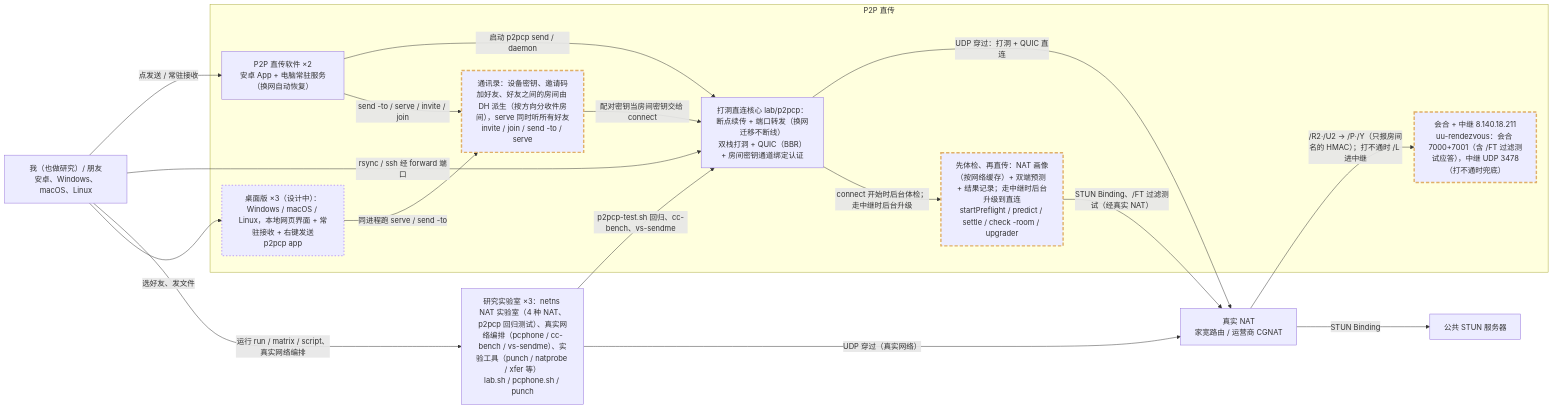
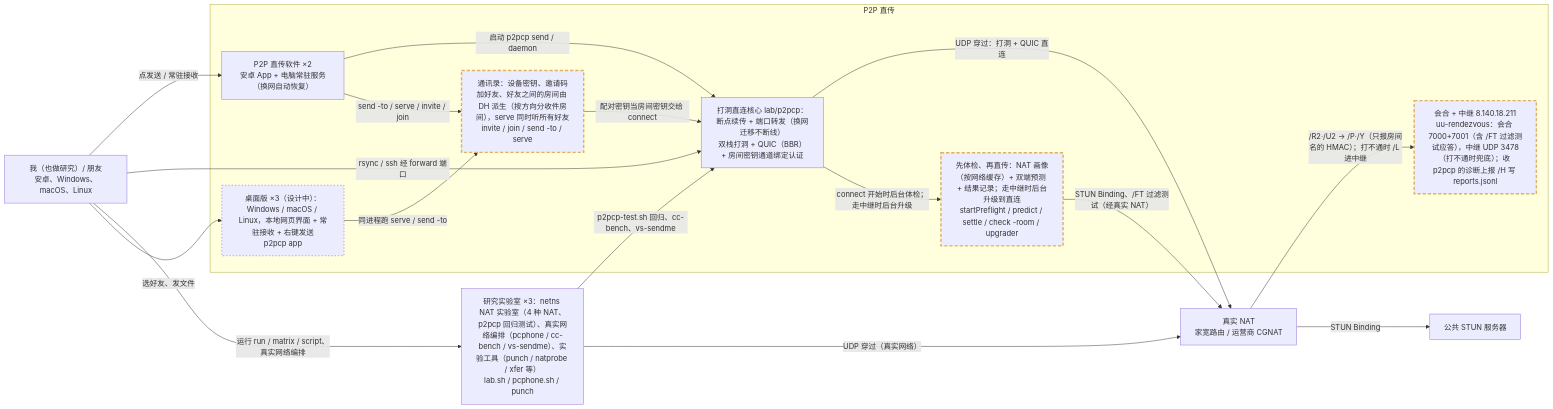
The diagram in docs/arch/00-overview.mmd (numb747/uu-remote-study), drawn with Mermaid before and after one commit. The commit also changed 3 other files, not shown here.

First line of the commit message:
架构设计：给朋友用的第 3 步落图，DESIGN 记下决策 28~32

```diff
--- a/docs/arch/00-overview.mmd
+++ b/docs/arch/00-overview.mmd
@@ -1,45 +1,45 @@
 flowchart LR
   researcher["我（也做研究）/ 朋友<br/>安卓、Windows、macOS、Linux"]
   subgraph product["P2P 直传"]
     apps["P2P 直传软件 ×2<br/>安卓 App + 电脑常驻服务（换网自动恢复）"]
     p2pcp["打洞直连核心 lab/p2pcp：断点续传 + 端口转发（换网迁移不断线）<br/>双栈打洞 + QUIC（BBR）+ 房间密钥通道绑定认证"]
-    rdv["会合 + 中继 8.140.18.211<br/>uu-rendezvous：会合 7000+7001（含 /FT 过滤测试应答），中继 UDP 3478（打不通时兜底）"]:::changed
+    rdv["会合 + 中继 8.140.18.211<br/>uu-rendezvous：会合 7000+7001（含 /FT 过滤测试应答），中继 UDP 3478（打不通时兜底）；收 p2pcp 的诊断上报 /H 写 reports.jsonl"]:::changed
     contacts["通讯录：设备密钥、邀请码加好友、好友之间的房间由 DH 派生（按方向分收件房间），serve 同时听所有好友<br/>invite / join / send -to / serve"]:::changed
     desk["桌面版 ×3（设计中）：Windows / macOS / Linux，本地网页界面 + 常驻接收 + 右键发送<br/>p2pcp app"]:::planned
     preflight["先体检、再直传：NAT 画像（按网络缓存）+ 双端预测 + 结果记录；走中继时后台升级到直连<br/>startPreflight / predict / settle / check -room / upgrader"]:::changed
   end
   lab["研究实验室 ×3：netns NAT 实验室（4 种 NAT、p2pcp 回归测试）、真实网络编排（pcphone / cc-bench / vs-sendme）、实验工具（punch / natprobe / xfer 等）<br/>lab.sh / pcphone.sh / punch"]
   real_nat["真实 NAT<br/>家宽路由 / 运营商 CGNAT"]
   stun_pub[公共 STUN 服务器]
 
   researcher -->|"点发送 / 常驻接收"| apps
   apps -->|"启动 p2pcp send / daemon"| p2pcp
   researcher -->|"rsync / ssh 经 forward 端口"| p2pcp
   p2pcp -->|"UDP 穿过：打洞 + QUIC 直连"| real_nat
   real_nat -->|"/R2·/U2 → /P·/Y（只报房间名的 HMAC）；打不通时 /L 进中继"| rdv
   researcher -->|"运行 run / matrix / script、真实网络编排"| lab
   lab -->|"p2pcp-test.sh 回归、cc-bench、vs-sendme"| p2pcp
   lab -->|"UDP 穿过（真实网络）"| real_nat
   researcher -->|"选好友、发文件"| desk
   desk -->|"同进程跑 serve / send -to"| contacts
   apps -->|"send -to / serve / invite / join"| contacts
   contacts -->|"配对密钥当房间密钥交给 connect"| p2pcp
   p2pcp -->|"connect 开始时后台体检；走中继时后台升级"| preflight
   preflight -->|"STUN Binding、/FT 过滤测试（经真实 NAT）"| real_nat
   real_nat -->|"STUN Binding"| stun_pub
 
 %% @src apps apps/pc/p2p-direct case ${1:-} in
 %% @src p2pcp lab/p2pcp/main.go func main()
 %% @src rdv lab/punch/main.go func runServer
 %% @src lab lab/netns/lab.sh main() {
 %% @src preflight lab/p2pcp/preflight.go func startPreflight(
 %% @src contacts lab/p2pcp/pair.go func serve(o opts)
 %% @link apps 31-p2p-direct.mmd
 %% @link p2pcp 24-flow-p2pcp.mmd
 %% @link lab 10-modules.mmd
 %% @link contacts 27-flow-pairing.mmd
 %% @link desk 34-contacts.mmd
 %% @link preflight 26-flow-preflight.mmd
 %% @commit d578d66
 classDef changed stroke:#e0af68,stroke-width:3px,stroke-dasharray:7 4
 classDef planned stroke:#bb9af7,stroke-width:2px,stroke-dasharray:3 4
```
